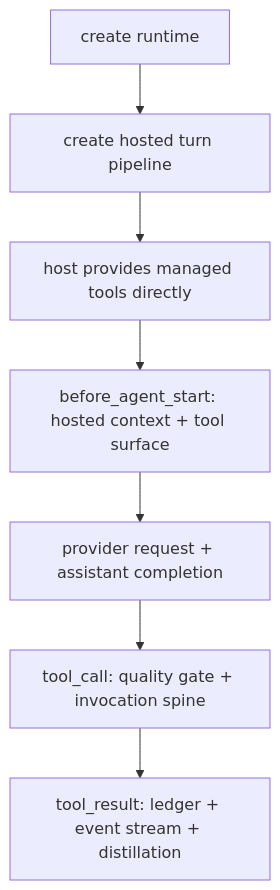
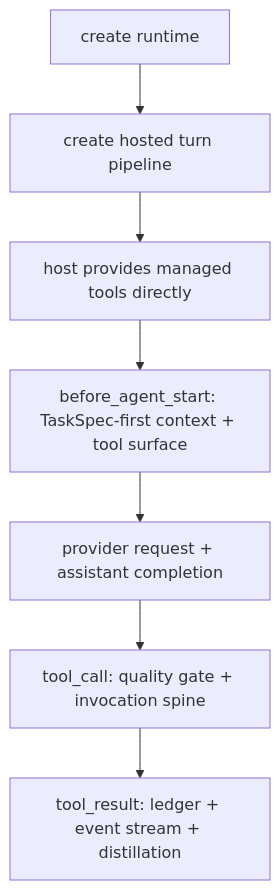
Before and after one commit to arcthur/Brewva: the second of 9 diagrams in docs/architecture/control-and-data-flow.md, drawn with Mermaid. The commit also changed other lines of this file and 13 other files, not shown here.

First line of the commit message:
fix(gateway)!: make hosted skill-first TaskSpec-first

````diff
--- a/docs/architecture/control-and-data-flow.md
+++ b/docs/architecture/control-and-data-flow.md
@@ -50,9 +58,9 @@
 ```mermaid
 flowchart TD
   A["create runtime"] --> B["create hosted turn pipeline"]
   B --> C["host provides managed tools directly"]
-  C --> D["before_agent_start: hosted context + tool surface"]
+  C --> D["before_agent_start: TaskSpec-first context + tool surface"]
   D --> E["provider request + assistant completion"]
   E --> F["tool_call: quality gate + invocation spine"]
   F --> G["tool_result: ledger + event stream + distillation"]
 ```
````
